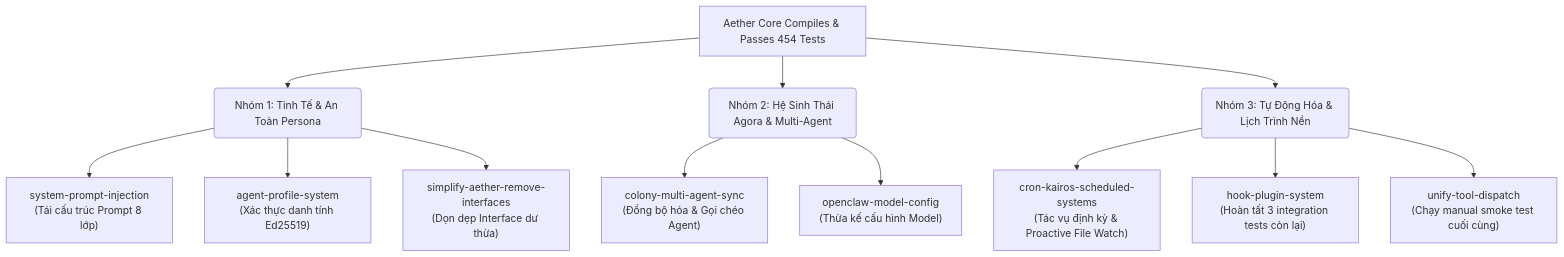
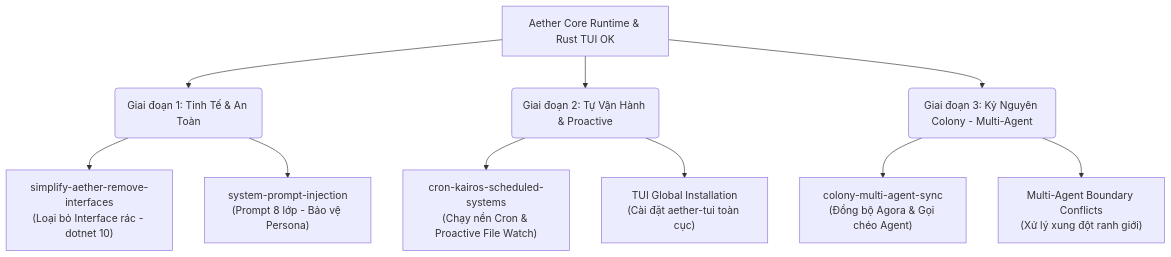
One commit to rfcclub/aether changed the diagram in AETHER_ROADMAP.md. Above: the diagram before and after it, drawn with Mermaid. The commit also changed other lines of this file and 17 other files, not shown here.

````diff
--- a/AETHER_ROADMAP.md
+++ b/AETHER_ROADMAP.md
@@ -27,17 +29,15 @@
 ```mermaid
 graph TD
-    A[Aether Core Compiles & Passes 454 Tests] --> B(Nhóm 1: Tinh Tế & An Toàn Persona)
-    A --> C(Nhóm 2: Hệ Sinh Thái Agora & Multi-Agent)
-    A --> D(Nhóm 3: Tự Động Hóa & Lịch Trình Nền)
+    A[Aether Core Runtime & Rust TUI OK] --> B(Giai đoạn 1: Tinh Tế & An Toàn)
+    A --> C(Giai đoạn 2: Tự Vận Hành & Proactive)
+    A --> D(Giai đoạn 3: Kỷ Nguyên Colony - Multi-Agent)
 
-    B --> B1["system-prompt-injection<br>(Tái cấu trúc Prompt 8 lớp)"]
-    B --> B2["agent-profile-system<br>(Xác thực danh tính Ed25519)"]
-    B --> B3["simplify-aether-remove-interfaces<br>(Dọn dẹp Interface dư thừa)"]
+    B --> B1["simplify-aether-remove-interfaces<br>(Loại bỏ Interface rác - dotnet 10)"]
+    B --> B2["system-prompt-injection<br>(Prompt 8 lớp - Bảo vệ Persona)"]
+    
+    C --> C1["cron-kairos-scheduled-systems<br>(Chạy nền Cron & Proactive File Watch)"]
+    C --> C2["TUI Global Installation<br>(Cài đặt aether-tui toàn cục)"]
 
-    C --> C1["colony-multi-agent-sync<br>(Đồng bộ hóa & Gọi chéo Agent)"]
-    C --> C2["openclaw-model-config<br>(Thừa kế cấu hình Model)"]
-
-    D --> D1["cron-kairos-scheduled-systems<br>(Tác vụ định kỳ & Proactive File Watch)"]
-    D --> D2["hook-plugin-system<br>(Hoàn tất 3 integration tests còn lại)"]
-    D --> D3["unify-tool-dispatch<br>(Chạy manual smoke test cuối cùng)"]
+    D --> D1["colony-multi-agent-sync<br>(Đồng bộ Agora & Gọi chéo Agent)"]
+    D --> D2["Multi-Agent Boundary Conflicts<br>(Xử lý xung đột ranh giới)"]
 ```
````
